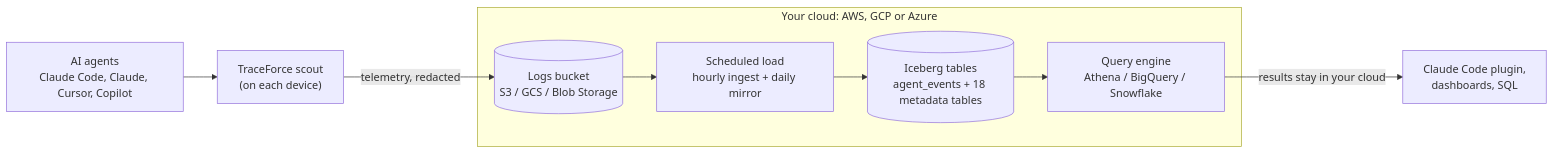
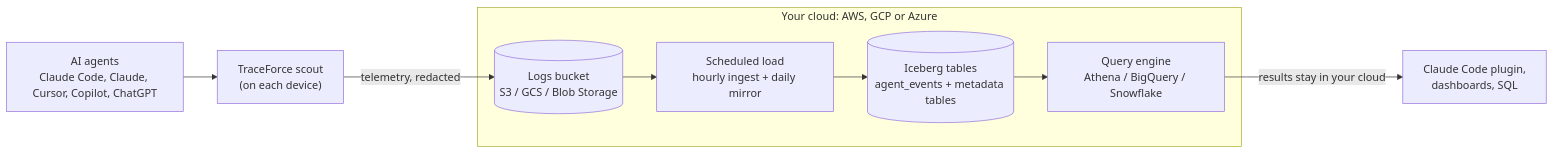
One commit to traceforce/traceforce-lakehouse changed the diagram in README.md. Above: the diagram before and after it, drawn with Mermaid. The commit also changed other lines of this file and 50 other files, not shown here.

First line of the commit message:
ChatGPT web history, issues, agents, user groups and finding criticality in the lakehouse (#27)

````diff
--- a/README.md
+++ b/README.md
@@ -28,15 +29,15 @@
 ```mermaid
 flowchart LR
-  agents["AI agents<br/>Claude Code, Claude, Cursor, Copilot"] --> scout["TraceForce scout<br/>(on each device)"]
+  agents["AI agents<br/>Claude Code, Claude, Cursor, Copilot, ChatGPT"] --> scout["TraceForce scout<br/>(on each device)"]
 
   subgraph cloud["Your cloud: AWS, GCP or Azure"]
     bucket[("Logs bucket<br/>S3 / GCS / Blob Storage")]
     load["Scheduled load<br/>hourly ingest + daily mirror"]
-    tables[("Iceberg tables<br/>agent_events + 18 metadata tables")]
+    tables[("Iceberg tables<br/>agent_events + metadata tables")]
     engine["Query engine<br/>Athena / BigQuery / Snowflake"]
     bucket --> load --> tables --> engine
   end
 
   scout -- "telemetry, redacted" --> bucket
   engine -- "results stay in your cloud" --> you["Claude Code plugin,<br/>dashboards, SQL"]
 ```
````
